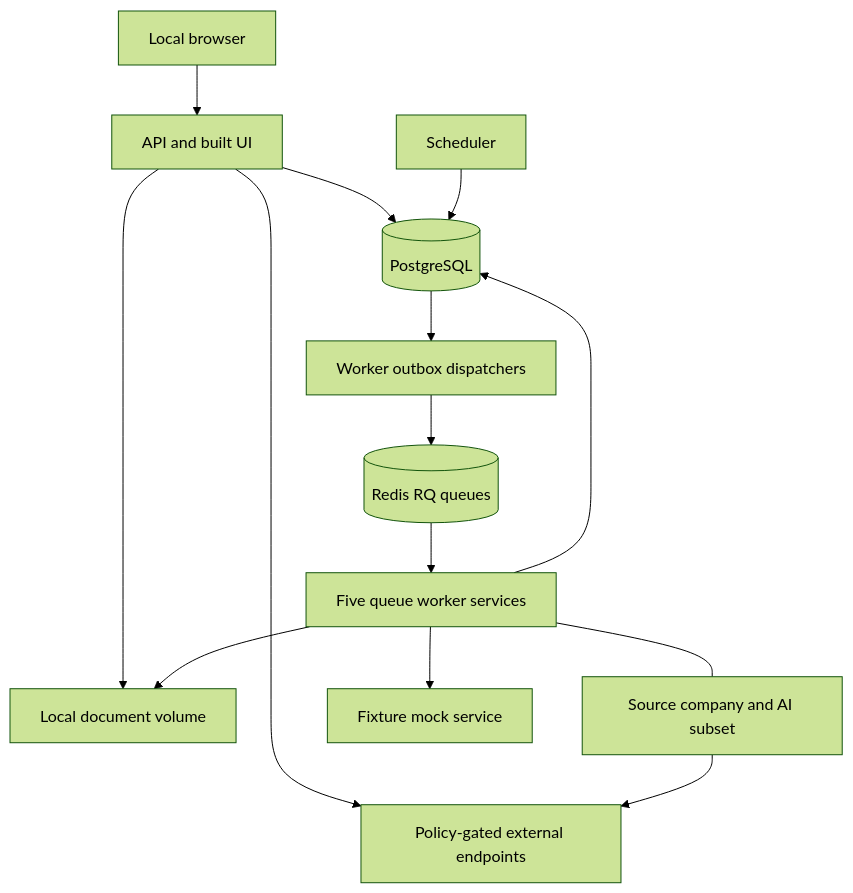
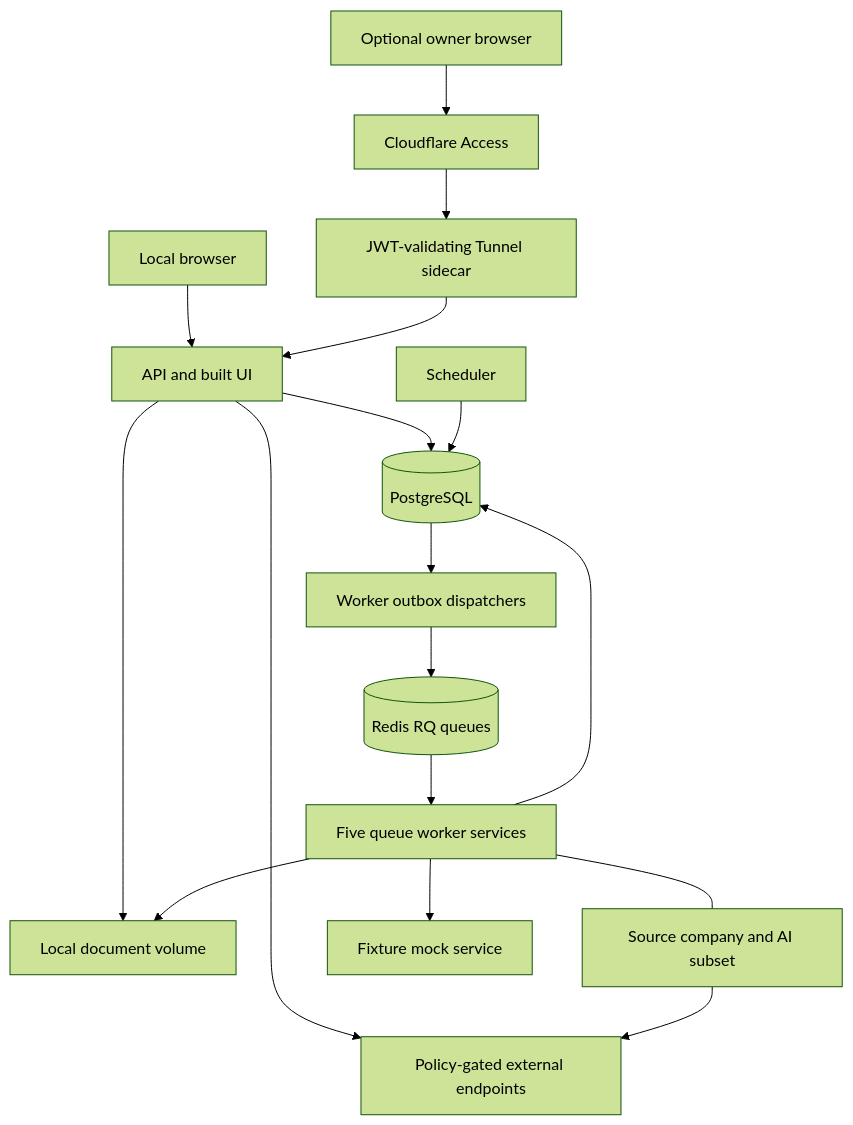
One commit to MulattoTech/MJobs changed the first of 2 diagrams in docs/ARCHITECTURE.md. Above: the diagram before and after it, drawn with Mermaid (forest theme). The commit also changed other lines of this file, not shown here.

First line of the commit message:
docs(architecture): describe protected preview deployment boundaries

````diff
--- a/docs/ARCHITECTURE.md
+++ b/docs/ARCHITECTURE.md
@@ -36,16 +55,19 @@
 ```mermaid
 flowchart TD
     Browser[Local browser] --> API[API and built UI]
+    Remote[Optional owner browser] --> Access[Cloudflare Access]
+    Access --> Tunnel[JWT-validating Tunnel sidecar]
+    Tunnel --> API
     API --> DB[(PostgreSQL)]
     Scheduler[Scheduler] --> DB
     DB --> Dispatch[Worker outbox dispatchers]
     Dispatch --> Redis[(Redis RQ queues)]
     Redis --> Workers[Five queue worker services]
     Workers --> DB
     API --> Files[Local document volume]
     Workers --> Files
     API --> External[Policy-gated external endpoints]
     Workers --- Egress[Source company and AI subset]
     Egress --> External
     Workers --> Mock[Fixture mock service]
 ```
````
